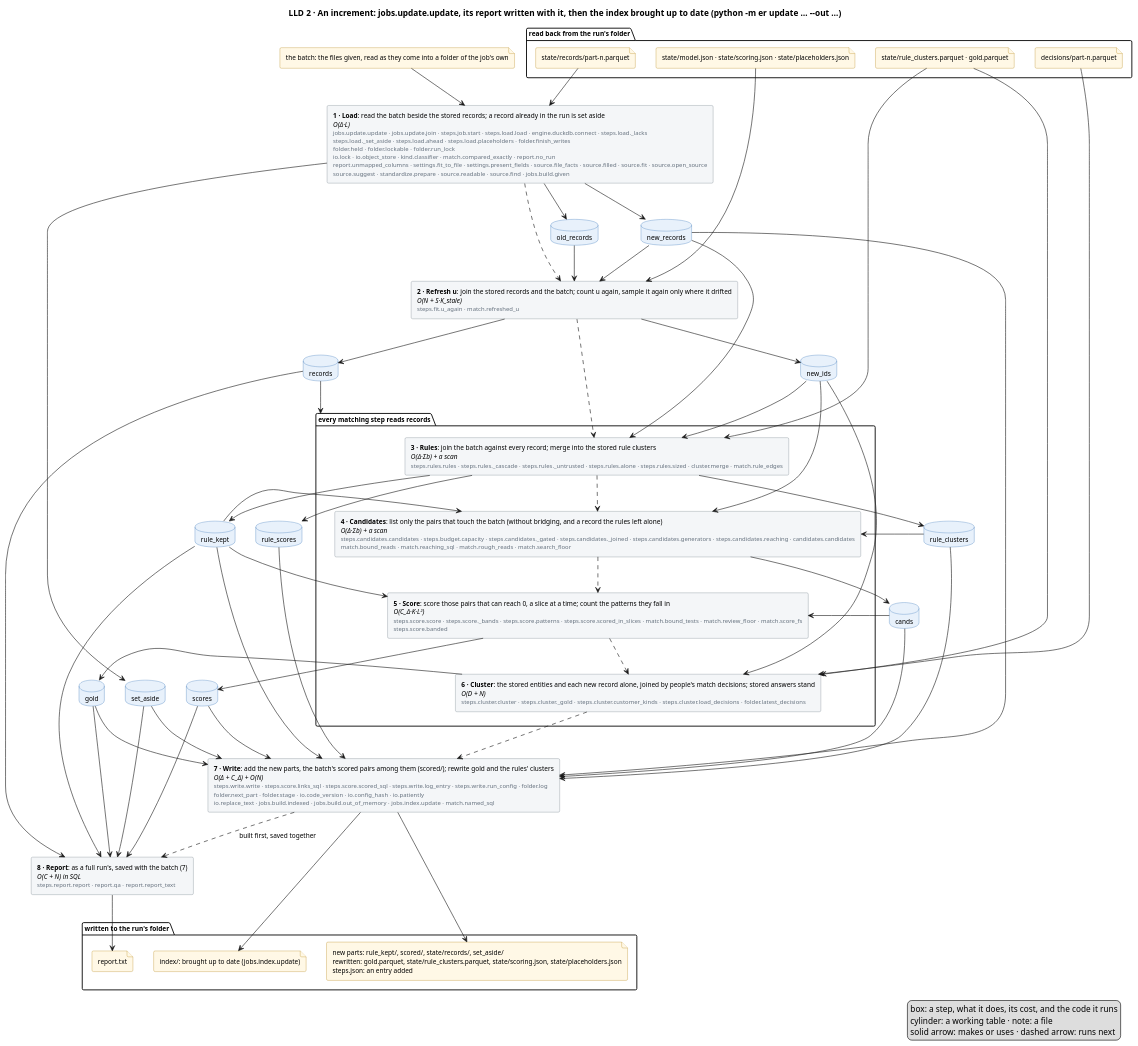
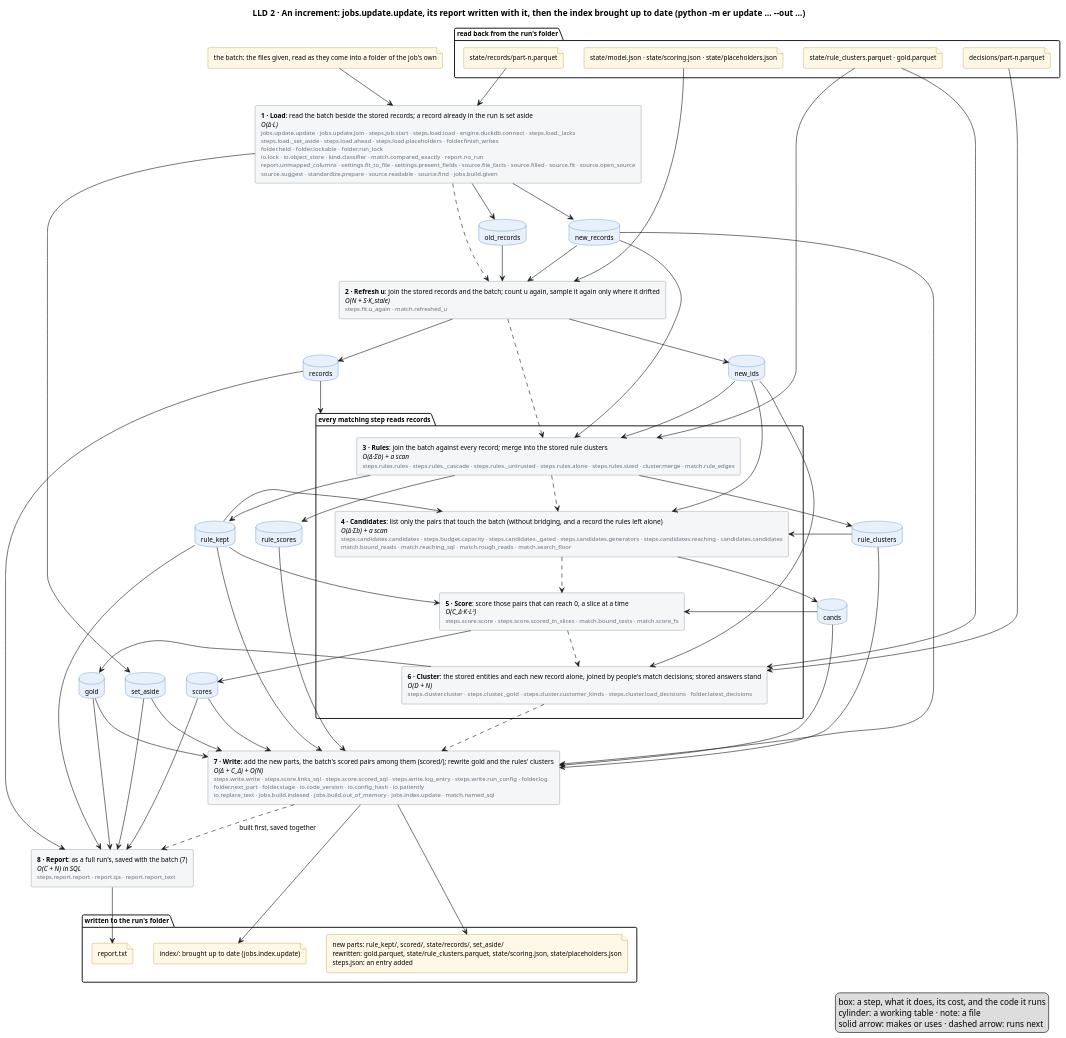
Before and after one commit to mvsbm/entity_matching: the diagram in docs/diagrams/increment.puml, drawn with PlantUML. The commit also changed 29 other files, not shown here.

First line of the commit message:
Work nobody reads goes: the progress callback no job passes, the steps' facts no reader reads, the u cache that can't hit within a build, the listing's per-key estimates, the intake's re-reading and second hash, and the string functions' timing. Results identical.

```diff
--- a/docs/diagrams/increment.puml
+++ b/docs/diagrams/increment.puml
@@ -1,113 +1,113 @@
 @startuml increment
 title LLD 2 · An increment: jobs.update.update, its report written with it, then the index brought up to date (python -m er update … ~--out …)
 skinparam defaultFontSize 11
 skinparam rectangle {
   BackgroundColor #F4F6F8
   BorderColor #65717E
 }
 skinparam database {
   BackgroundColor #E8F1FB
   BorderColor #2C6DB3
 }
 skinparam file {
   BackgroundColor #FFF8E6
   BorderColor #B07D00
 }
 
 package "read back from the run's folder" {
   file "state/model.json · state/scoring.json · state/placeholders.json" as f_model
   file "state/records/part-n.parquet" as f_records
   file "state/rule_clusters.parquet · gold.parquet" as f_clusters
   file "decisions/part-n.parquet" as f_sheet
 }
 file "the batch: the files given, read as they come into a folder of the job's own" as f_batch
 
 
 rectangle "<b>1 · Load</b>: read the batch beside the stored records; a record already in the run is set aside\n<i>O(Δ·L)</i>\n<size:10><color:#65717E>jobs.update.update · jobs.update.join · steps.job.start · steps.load.load · engine.duckdb.connect · steps.load._lacks</color></size>\n<size:10><color:#65717E>steps.load._set_aside · steps.load.ahead · steps.load.placeholders · folder.finish_writes</color></size>\n<size:10><color:#65717E>folder.held · folder.lockable · folder.run_lock</color></size>\n<size:10><color:#65717E>io.lock · io.object_store · kind.classifier · match.compared_exactly · report.no_run</color></size>\n<size:10><color:#65717E>report.unmapped_columns · settings.fit_to_file · settings.present_fields · source.file_facts · source.filled · source.fit · source.open_source</color></size>\n<size:10><color:#65717E>source.suggest · standardize.prepare · source.readable · source.find · jobs.build.given</color></size>" as load
 rectangle "<b>2 · Refresh u</b>: join the stored records and the batch; count u again, sample it again only where it drifted\n<i>O(N + S·K_stale)</i>\n<size:10><color:#65717E>steps.fit.u_again · match.refreshed_u</color></size>" as fit
 package "every matching step reads records" as matching {
   rectangle "<b>3 · Rules</b>: join the batch against every record; merge into the stored rule clusters\n<i>O(Δ·Σb) + a scan</i>\n<size:10><color:#65717E>steps.rules.rules · steps.rules._cascade · steps.rules._untrusted · steps.rules.alone · steps.rules.sized · cluster.merge · match.rule_edges</color></size>" as rules
-  rectangle "<b>4 · Candidates</b>: list only the pairs that touch the batch (without bridging, and a record the rules left alone)\n<i>O(Δ·Σb) + a scan</i>\n<size:10><color:#65717E>steps.candidates.candidates · steps.budget.capacity · steps.candidates._gated · steps.candidates._joined · steps.candidates.generators · steps.candidates.reaching · candidates.candidates</color></size>\n<size:10><color:#65717E>match.bound_reads · match.reaching_sql · match.rough_reads · match.search_floor</color></size>" as candidates
-  rectangle "<b>5 · Score</b>: score those pairs that can reach 0, a slice at a time; count the patterns they fall in\n<i>O(C_Δ·K·L²)</i>\n<size:10><color:#65717E>steps.score.score · steps.score._bands · steps.score.patterns · steps.score.scored_in_slices · match.bound_tests · match.review_floor · match.score_fs</color></size>\n<size:10><color:#65717E>steps.score.banded</color></size>" as score
+  rectangle "<b>4 · Candidates</b>: list only the pairs that touch the batch (without bridging, and a record the rules left alone)\n<i>O(Δ·Σb) + a scan</i>\n<size:10><color:#65717E>steps.candidates.candidates · steps.budget.capacity · steps.candidates._gated · steps.candidates.generators · steps.candidates.reaching · candidates.candidates</color></size>\n<size:10><color:#65717E>match.bound_reads · match.reaching_sql · match.rough_reads · match.search_floor</color></size>" as candidates
+  rectangle "<b>5 · Score</b>: score those pairs that can reach 0, a slice at a time\n<i>O(C_Δ·K·L²)</i>\n<size:10><color:#65717E>steps.score.score · steps.score.scored_in_slices · match.bound_tests · match.score_fs</color></size>" as score
   rectangle "<b>6 · Cluster</b>: the stored entities and each new record alone, joined by people's match decisions; stored answers stand\n<i>O(D + N)</i>\n<size:10><color:#65717E>steps.cluster.cluster · steps.cluster._gold · steps.cluster.customer_kinds · steps.cluster.load_decisions · folder.latest_decisions</color></size>" as cluster
 }
 rectangle "<b>7 · Write</b>: add the new parts, the batch's scored pairs among them (scored/); rewrite gold and the rules' clusters\n<i>O(Δ + C_Δ) + O(N)</i>\n<size:10><color:#65717E>steps.write.write · steps.score.links_sql · steps.score.scored_sql · steps.write.log_entry · steps.write.run_config · folder.log</color></size>\n<size:10><color:#65717E>folder.next_part · folder.stage · io.code_version · io.config_hash · io.patiently</color></size>\n<size:10><color:#65717E>io.replace_text · jobs.build.indexed · jobs.build.out_of_memory · jobs.index.update · match.named_sql</color></size>" as write
 rectangle "<b>8 · Report</b>: as a full run's, saved with the batch (7)\n<i>O(C + N) in SQL</i>\n<size:10><color:#65717E>steps.report.report · report.qa · report.report_text</color></size>" as report
 database "old_records" as old_records
 database "new_records" as new_records
 database "set_aside" as set_aside
 database "records" as records
 database "new_ids" as new_ids
 database "rule_clusters" as rule_clusters
 database "rule_kept" as rule_kept
 database "cands" as cands
 database "scores" as scores
 database "rule_scores" as rule_scores
 database "gold" as gold
 
 package "written to the run's folder" {
   file "new parts: rule_kept/, scored/, state/records/, set_aside/\nrewritten: gold.parquet, state/rule_clusters.parquet, state/scoring.json, state/placeholders.json\nsteps.json: an entry added" as f_out
   file "report.txt" as f_people
   file "index/: brought up to date (jobs.index.update)" as f_index
 }
 
 f_batch --> load
 f_records --> load
 f_model --> fit
 f_clusters --> rules
 f_clusters --> cluster
 f_sheet --> cluster
 
 load ..> fit
 fit ..> rules
 rules ..> candidates
 candidates ..> score
 score ..> cluster
 cluster ..> write
 write ..> report : built first, saved together
 
 load --> old_records
 load --> new_records
 load --> set_aside
 old_records --> fit
 new_records --> fit
 fit --> records
 fit --> new_ids
 records --> matching
 new_records --> rules
 new_ids --> rules
 rules --> rule_clusters
 rules --> rule_kept
 rules --> rule_scores
 rule_scores --> write
 cands --> write
 scores --> write
 new_ids --> candidates
 candidates --> cands
 cands --> score
 score --> scores
 new_ids --> cluster
 rule_clusters --> candidates
 cluster --> gold
 new_records --> write
 rule_clusters --> write
 rule_kept --> write
 rule_kept --> score
 rule_kept --> candidates
 rule_kept --> report
 gold --> write
 set_aside --> write
 records --> report
 scores --> report
 gold --> report
 set_aside --> report
 
 write --> f_out
 write --> f_index
 report --> f_people
 legend right
   box: a step, what it does, its cost, and the code it runs
   cylinder: a working table · note: a file
   solid arrow: makes or uses · dashed arrow: runs next
 endlegend
 @enduml
```
